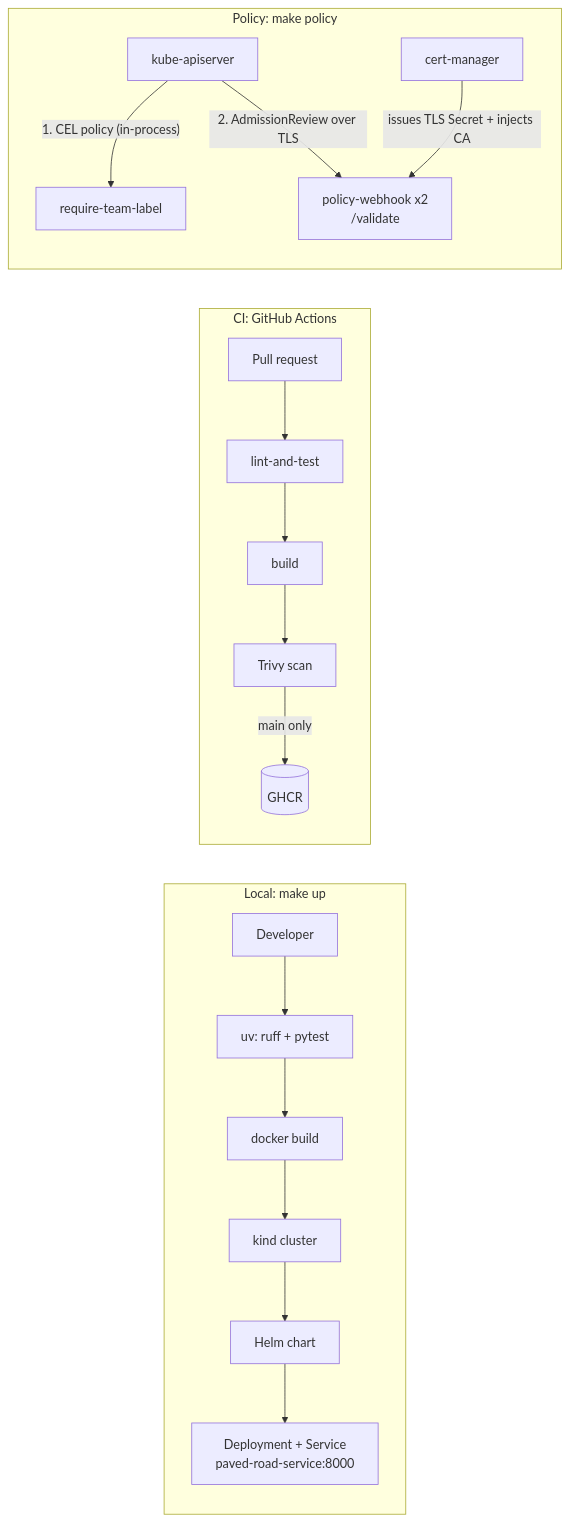
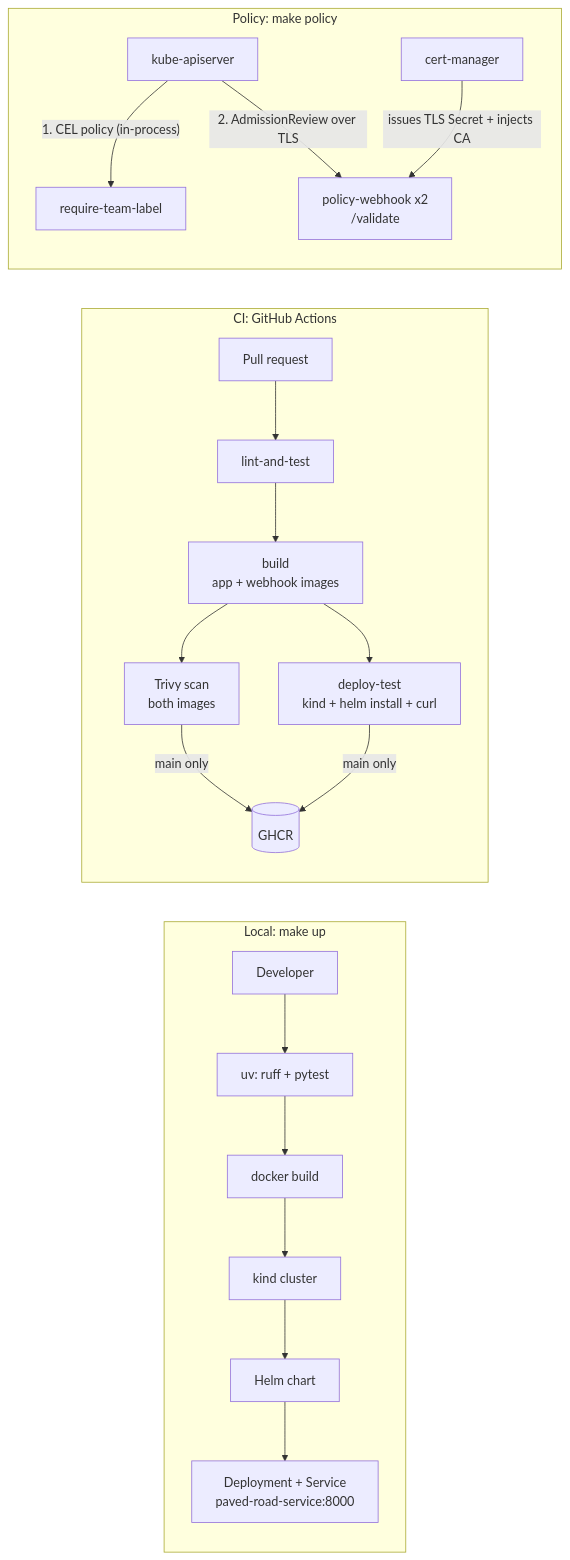
Before and after one commit to Shirojoufu/Service-Template: the diagram in README.md, drawn with Mermaid. The commit also changed other lines of this file and 6 other files, not shown here.

Commit message:
Ship the webhook like the app

````diff
--- a/README.md
+++ b/README.md
@@ -116,23 +116,25 @@
 ```mermaid
 flowchart LR
     subgraph local["Local: make up"]
         dev[Developer] --> test["uv: ruff + pytest"]
         test --> build[docker build]
         build --> kind[kind cluster]
         kind --> helm[Helm chart]
         helm --> pod["Deployment + Service<br/>paved-road-service:8000"]
     end
 
     subgraph ci["CI: GitHub Actions"]
         pr[Pull request] --> lt[lint-and-test]
-        lt --> cb[build]
-        cb --> scan[Trivy scan]
+        lt --> cb["build<br/>app + webhook images"]
+        cb --> scan["Trivy scan<br/>both images"]
+        cb --> dt["deploy-test<br/>kind + helm install + curl"]
         scan -->|main only| ghcr[(GHCR)]
+        dt -->|main only| ghcr
     end
 
     subgraph policy["Policy: make policy"]
         api[kube-apiserver] -->|"1. CEL policy (in-process)"| cel[require-team-label]
         api -->|"2. AdmissionReview over TLS"| wh["policy-webhook x2<br/>/validate"]
         cm[cert-manager] -->|issues TLS Secret + injects CA| wh
     end
 ```
````
